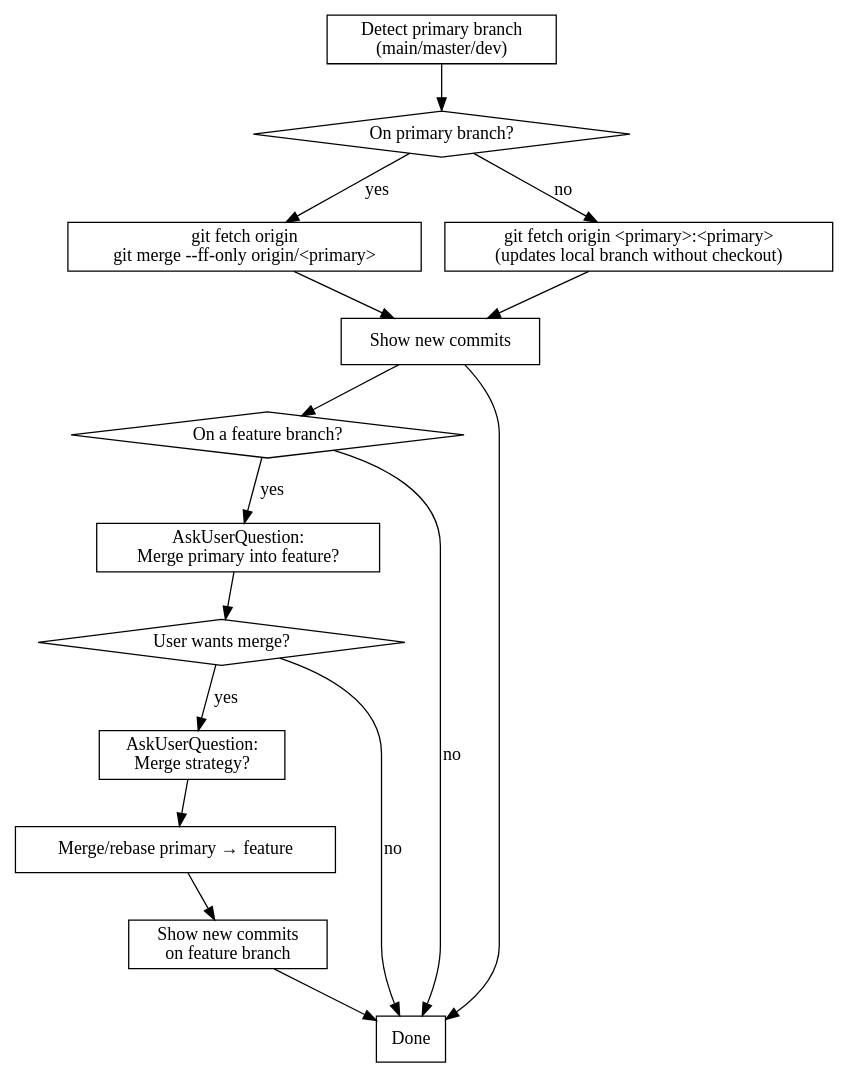
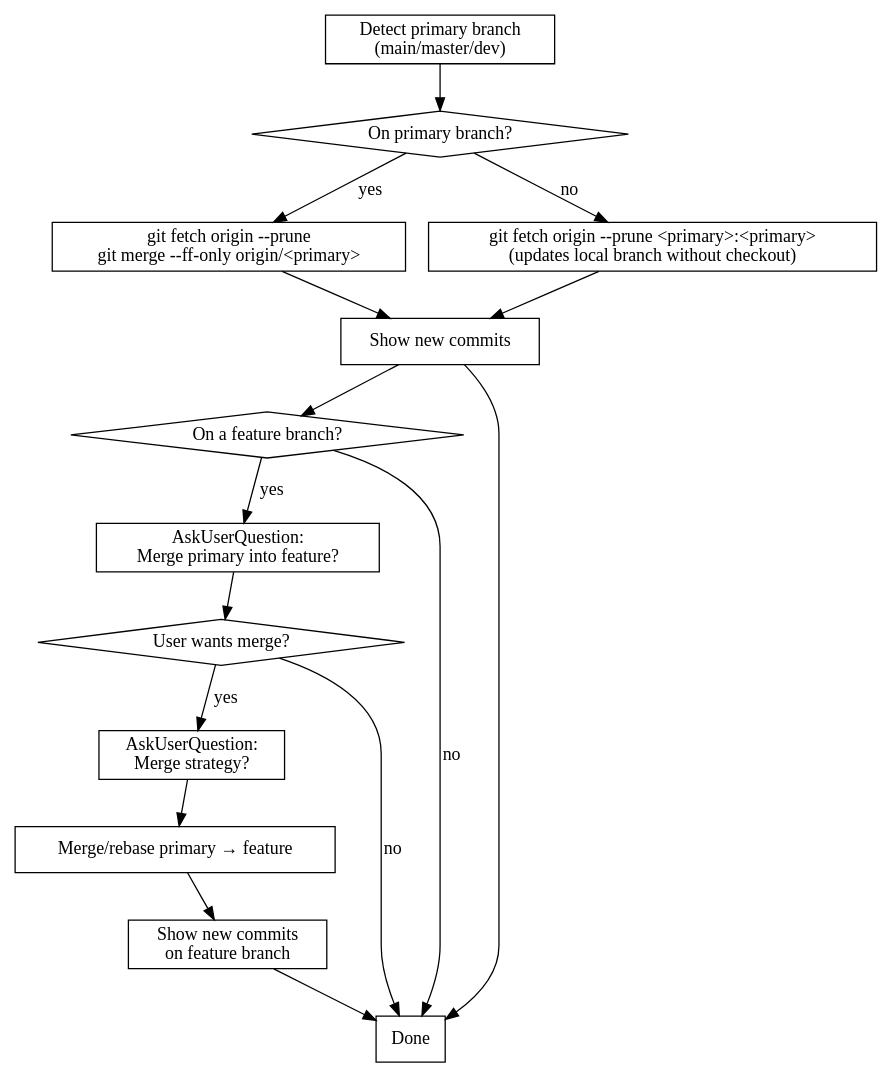
One commit to tayl0r/claude-plugins changed the diagram in plugins/sync-latest-git/skills/sync-latest-git/SKILL.md. Above: the diagram before and after it, drawn with Graphviz. The commit also changed other lines of this file, not shown here.

Commit message:
Add --prune to fetch commands in sync-latest-git skill
Ensures stale remote-tracking refs are cleaned up on every sync,
so deleted remote branches properly show as [gone] locally.

````diff
--- a/plugins/sync-latest-git/skills/sync-latest-git/SKILL.md
+++ b/plugins/sync-latest-git/skills/sync-latest-git/SKILL.md
@@ -12,31 +12,31 @@
 ```dot
 digraph sync {
   rankdir=TB;
   node [shape=box];
 
   detect [label="Detect primary branch\n(main/master/dev)"];
   on_primary [label="On primary branch?" shape=diamond];
-  fetch_merge [label="git fetch origin\ngit merge --ff-only origin/<primary>"];
-  fetch_update [label="git fetch origin <primary>:<primary>\n(updates local branch without checkout)"];
+  fetch_merge [label="git fetch origin --prune\ngit merge --ff-only origin/<primary>"];
+  fetch_update [label="git fetch origin --prune <primary>:<primary>\n(updates local branch without checkout)"];
   show [label="Show new commits"];
   on_feature [label="On a feature branch?" shape=diamond];
   ask_merge [label="AskUserQuestion:\nMerge primary into feature?"];
   wants_merge [label="User wants merge?" shape=diamond];
   ask_type [label="AskUserQuestion:\nMerge strategy?"];
   do_merge [label="Merge/rebase primary → feature"];
   show_feature [label="Show new commits\non feature branch"];
   done [label="Done"];
 
   detect -> on_primary;
   on_primary -> fetch_merge [label="yes"];
   on_primary -> fetch_update [label="no"];
   fetch_merge -> show -> done;
   fetch_update -> show -> on_feature;
   on_feature -> ask_merge [label="yes"];
   on_feature -> done [label="no"];
   ask_merge -> wants_merge;
   wants_merge -> ask_type [label="yes"];
   wants_merge -> done [label="no"];
   ask_type -> do_merge -> show_feature -> done;
 }
 ```
````
